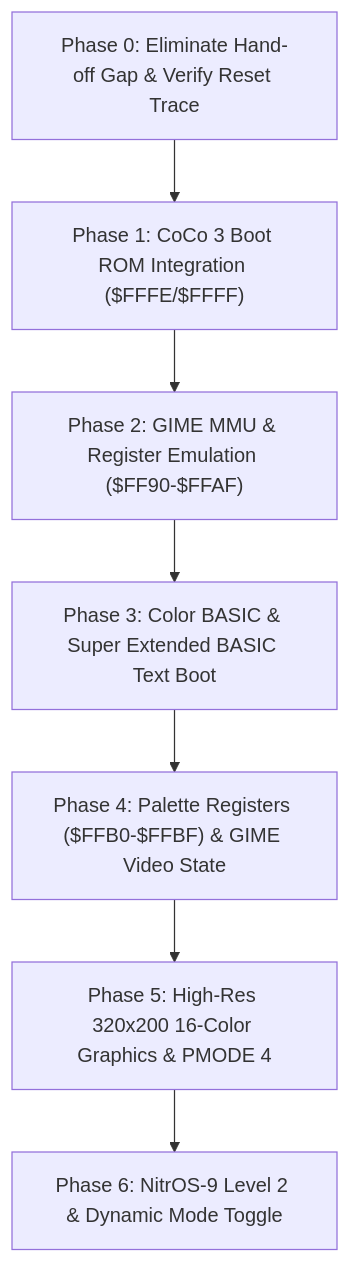
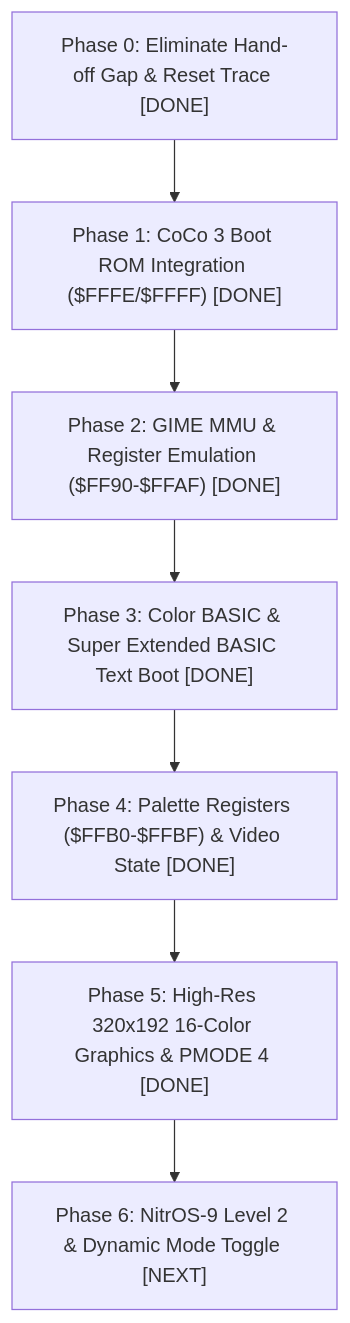
Before and after one commit to strickyak/tfr9: the diagram in v4/centipede-32z/docs/coco2-vs-coco3-work.md, drawn with Mermaid. The commit also changed other lines of this file, not shown here.

Commit message:
Update coco2-vs-coco3-work.md with SRAM inlining discoveries, 5 CPS typing, and HSCREEN/PMODE usage instructions

````diff
--- a/v4/centipede-32z/docs/coco2-vs-coco3-work.md
+++ b/v4/centipede-32z/docs/coco2-vs-coco3-work.md
@@ -60,9 +60,9 @@
 ```mermaid
 flowchart TD
-    P0["Phase 0: Eliminate Hand-off Gap & Verify Reset Trace"] --> P1["Phase 1: CoCo 3 Boot ROM Integration ($FFFE/$FFFF)"]
-    P1 --> P2["Phase 2: GIME MMU & Register Emulation ($FF90-$FFAF)"]
-    P2 --> P3["Phase 3: Color BASIC & Super Extended BASIC Text Boot"]
-    P3 --> P4["Phase 4: Palette Registers ($FFB0-$FFBF) & GIME Video State"]
-    P4 --> P5["Phase 5: High-Res 320x200 16-Color Graphics & PMODE 4"]
-    P5 --> P6["Phase 6: NitrOS-9 Level 2 & Dynamic Mode Toggle"]
+    P0["Phase 0: Eliminate Hand-off Gap & Reset Trace [DONE]"] --> P1["Phase 1: CoCo 3 Boot ROM Integration ($FFFE/$FFFF) [DONE]"]
+    P1 --> P2["Phase 2: GIME MMU & Register Emulation ($FF90-$FFAF) [DONE]"]
+    P2 --> P3["Phase 3: Color BASIC & Super Extended BASIC Text Boot [DONE]"]
+    P3 --> P4["Phase 4: Palette Registers ($FFB0-$FFBF) & Video State [DONE]"]
+    P4 --> P5["Phase 5: High-Res 320x192 16-Color Graphics & PMODE 4 [DONE]"]
+    P5 --> P6["Phase 6: NitrOS-9 Level 2 & Dynamic Mode Toggle [NEXT]"]
 ```
````
